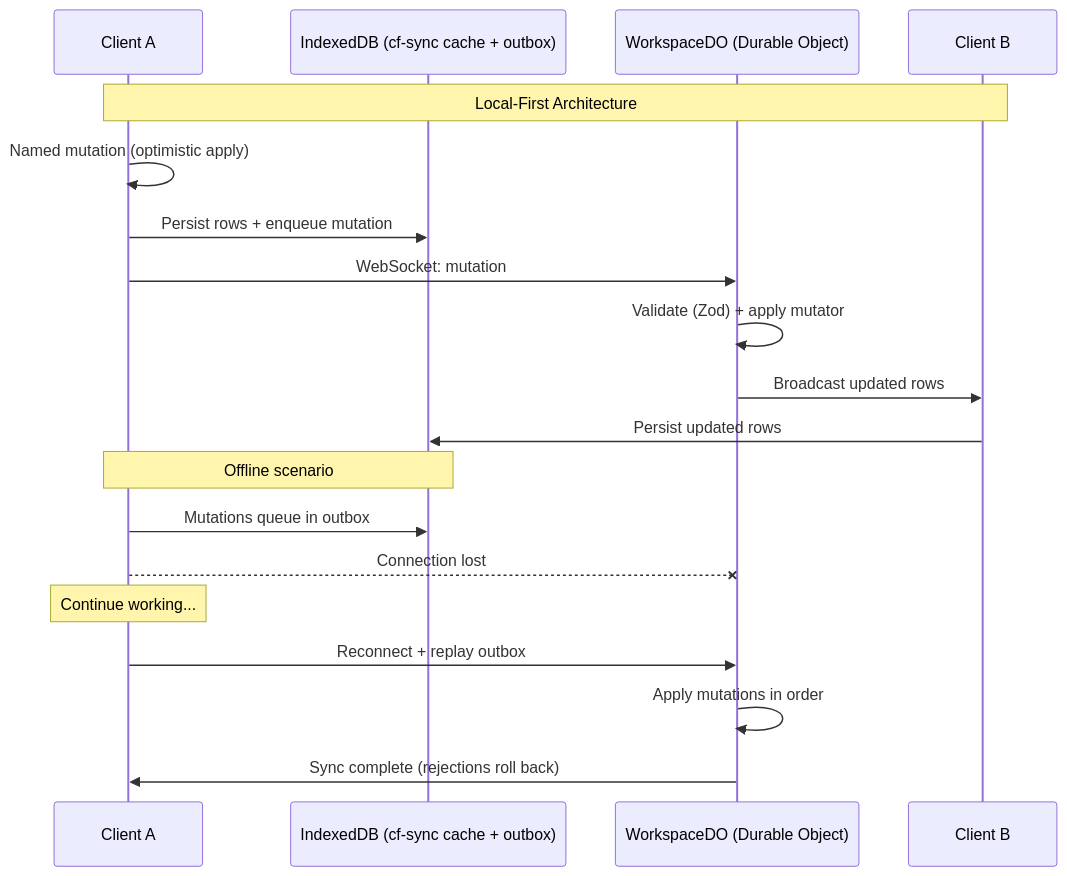
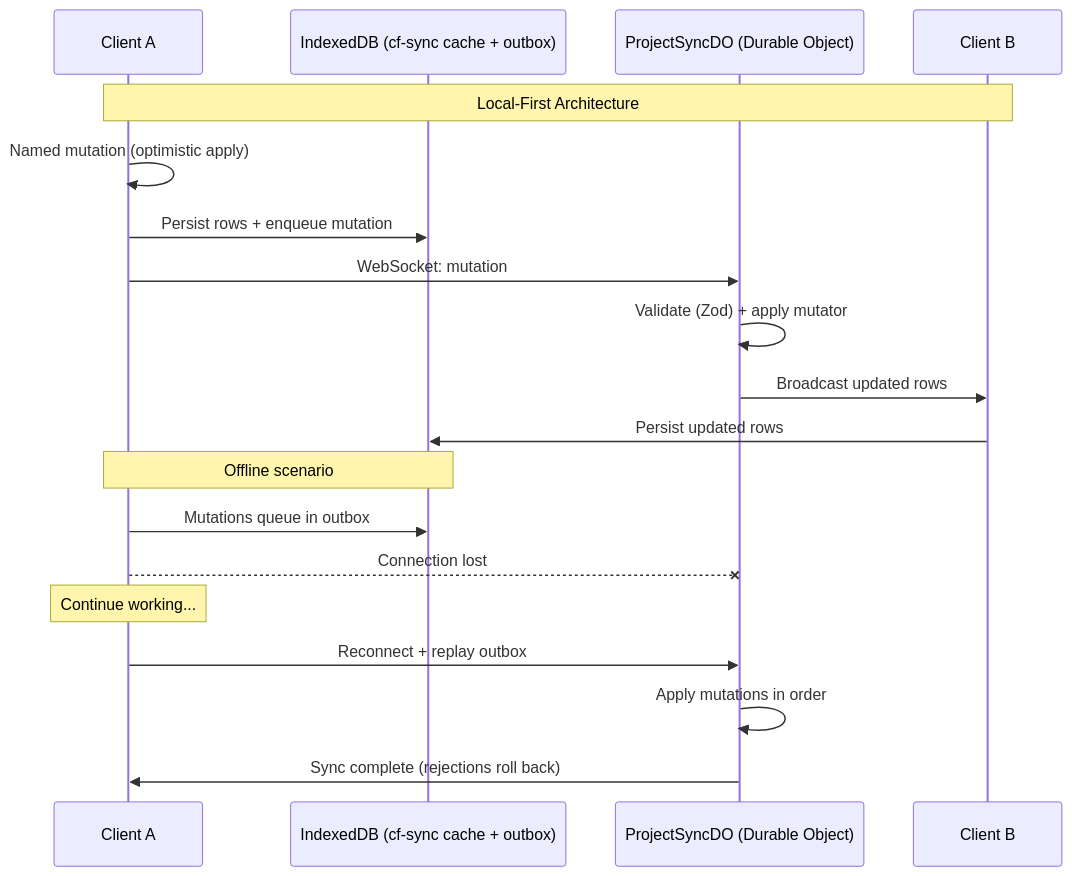
Before and after one commit to InfinityBowman/corates: the diagram in packages/docs/architecture/diagrams/03-sync-flow.md, drawn with Mermaid. The commit also changed other lines of this file and 138 other files, not shown here.

First line of the commit message:
Rename the sync Durable Object so "workspace" can mean the tenant (#868)

````diff
--- a/packages/docs/architecture/diagrams/03-sync-flow.md
+++ b/packages/docs/architecture/diagrams/03-sync-flow.md
@@ -5,24 +5,24 @@
 ```mermaid
 sequenceDiagram
     participant Client1 as Client A
     participant Cache as IndexedDB (cf-sync cache + outbox)
-    participant DO as WorkspaceDO (Durable Object)
+    participant DO as ProjectSyncDO (Durable Object)
     participant Client2 as Client B
 
     Note over Client1,Client2: Local-First Architecture
 
     Client1->>Client1: Named mutation (optimistic apply)
     Client1->>Cache: Persist rows + enqueue mutation
     Client1->>DO: WebSocket: mutation
     DO->>DO: Validate (Zod) + apply mutator
     DO->>Client2: Broadcast updated rows
     Client2->>Cache: Persist updated rows
 
     Note over Client1,Cache: Offline scenario
     Client1->>Cache: Mutations queue in outbox
     Client1--xDO: Connection lost
     Note over Client1: Continue working...
     Client1->>DO: Reconnect + replay outbox
     DO->>DO: Apply mutations in order
     DO->>Client1: Sync complete (rejections roll back)
 ```
````
